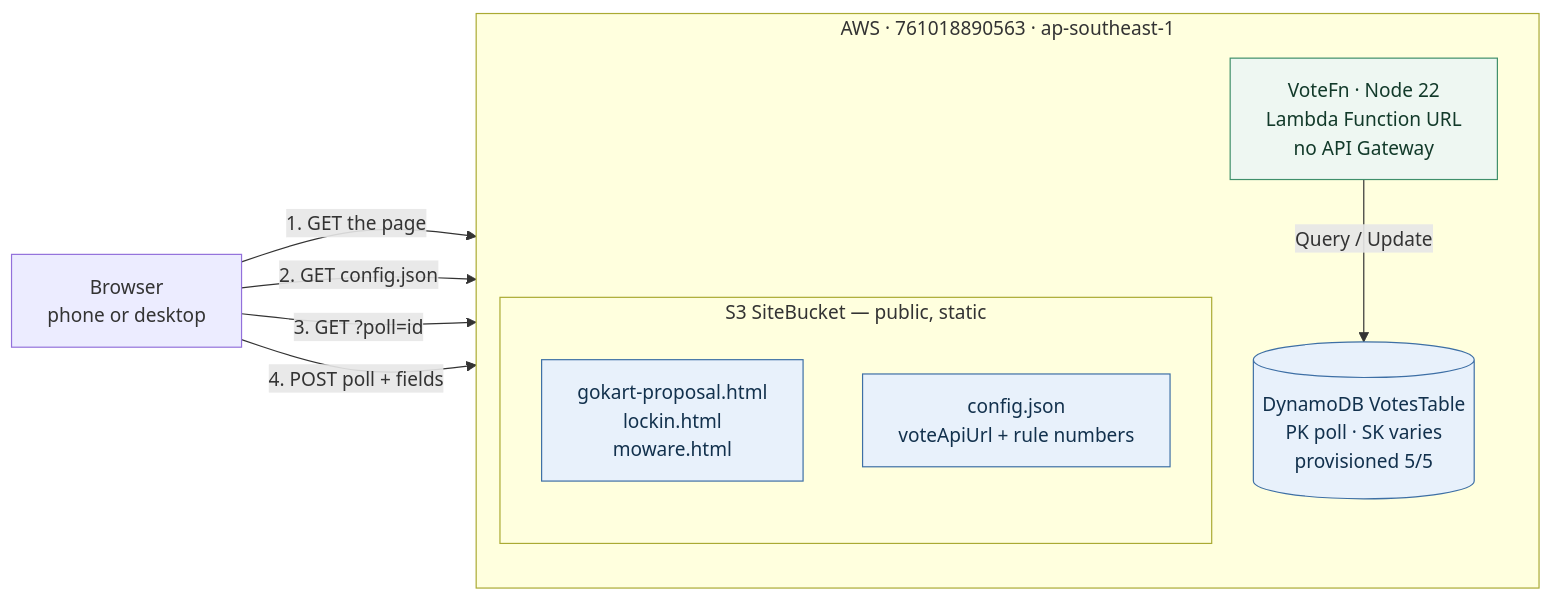
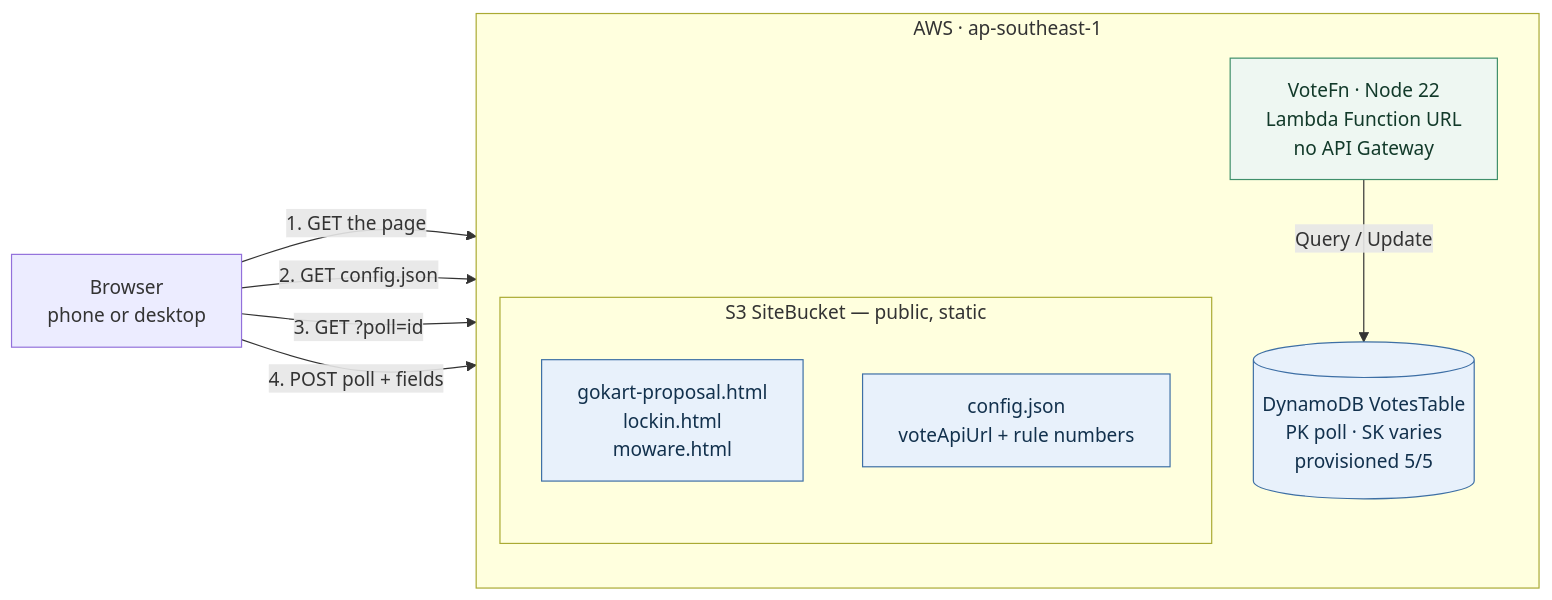
The first of 2 diagrams in README.md (amirrhkm/flexsite), drawn with Mermaid before and after one commit. The commit also changed other lines of this file and 4 other files, not shown here.

````diff
--- a/README.md
+++ b/README.md
@@ -24,25 +24,25 @@
 ```mermaid
 flowchart LR
   browser["Browser<br/>phone or desktop"]
 
-  subgraph aws["AWS · 761018890563 · ap-southeast-1"]
+  subgraph aws["AWS · ap-southeast-1"]
     direction TB
     subgraph s3["S3 SiteBucket — public, static"]
       pages["gokart-proposal.html<br/>lockin.html<br/>moware.html"]
       cfg["config.json<br/>voteApiUrl + rule numbers"]
     end
     fn["VoteFn · Node 22<br/>Lambda Function URL<br/>no API Gateway"]
     ddb[("DynamoDB VotesTable<br/>PK poll · SK varies<br/>provisioned 5/5")]
   end
 
   browser -->|"1. GET the page"| pages
   browser -->|"2. GET config.json"| cfg
   browser -->|"3. GET ?poll=id"| fn
   browser -->|"4. POST poll + fields"| fn
   fn -->|"Query / Update"| ddb
 
   classDef store fill:#e8f1fb,stroke:#3d6fa5,color:#12314d
   classDef comp fill:#eef7f2,stroke:#3f8f6b,color:#123a2a
   class pages,cfg,ddb store
   class fn comp
 ```
````
